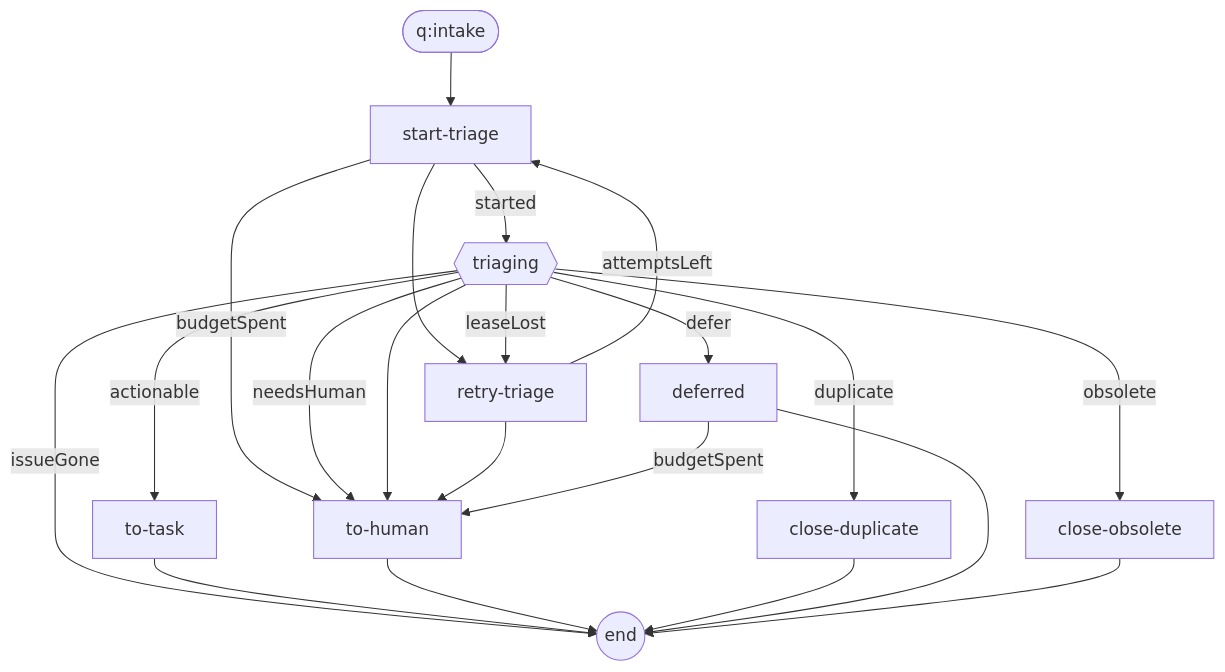
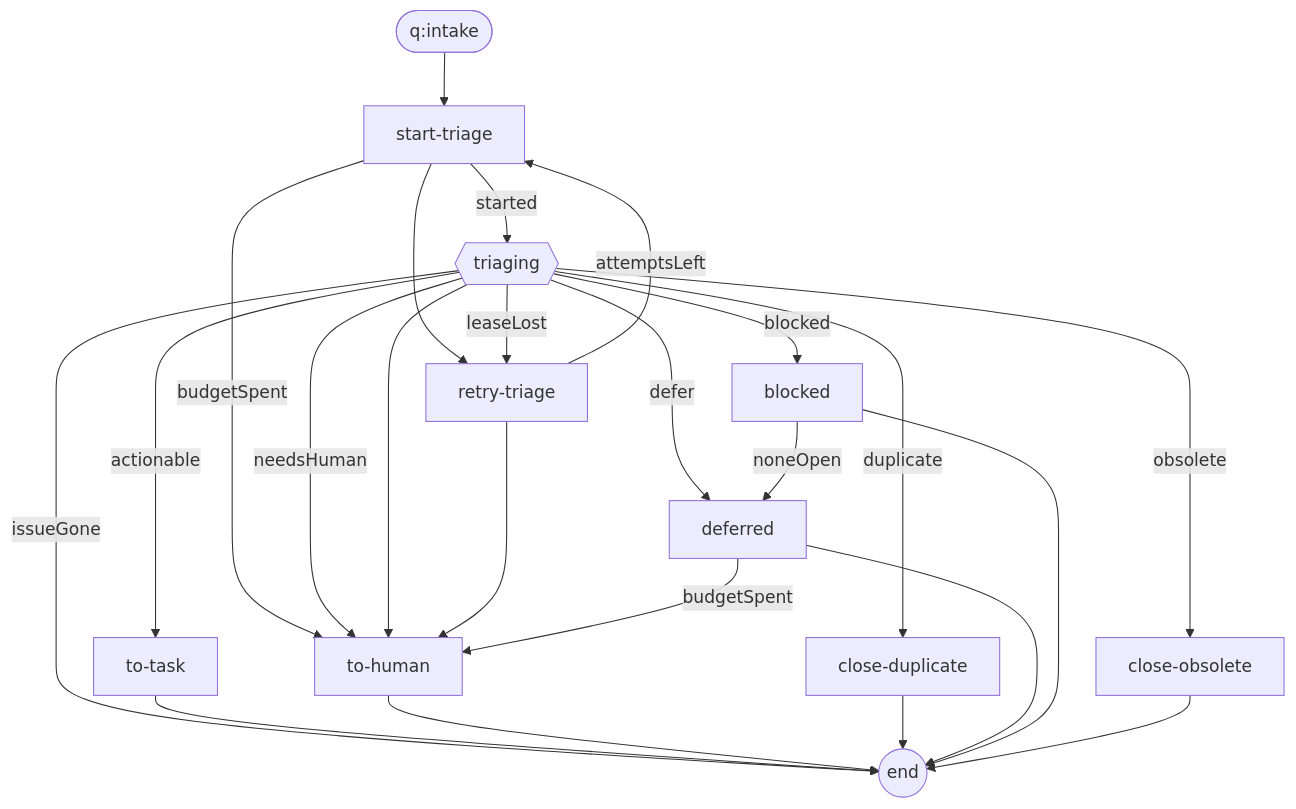
One commit to daocuong11/monorepo changed the third of 5 diagrams in packages/cambium/README.md. Above: the diagram before and after it, drawn with Mermaid. The commit also changed other lines of this file and 14 other files, not shown here.

First line of the commit message:
feat(cambium,canopy): park blocked/deferred intake with wait:* labels; wake blocked issues when blockers close

````diff
--- a/packages/cambium/README.md
+++ b/packages/cambium/README.md
@@ -388,33 +388,37 @@
 ```mermaid
 flowchart TD
   start_(["q:intake"])
   n0["start-triage"]
   n1{{"triaging"}}
   n2["retry-triage"]
   n3["to-task"]
   n4["to-human"]
   n5["close-duplicate"]
   n6["deferred"]
-  n7["close-obsolete"]
+  n7["blocked"]
+  n8["close-obsolete"]
   end_(("end"))
   start_ --> n0
   n0 -->|"started"| n1
   n0 -->|"budgetSpent"| n4
   n0 --> n2
   n1 -->|"issueGone"| end_
   n1 -->|"leaseLost"| n2
   n1 -->|"actionable"| n3
   n1 -->|"duplicate"| n5
   n1 -->|"defer"| n6
-  n1 -->|"obsolete"| n7
+  n1 -->|"blocked"| n7
+  n1 -->|"obsolete"| n8
   n1 -->|"needsHuman"| n4
   n1 --> n4
   n2 -->|"attemptsLeft"| n0
   n2 --> n4
   n3 --> end_
   n4 --> end_
   n5 --> end_
   n6 -->|"budgetSpent"| n4
   n6 --> end_
+  n7 -->|"noneOpen"| n6
   n7 --> end_
+  n8 --> end_
 ```
````
